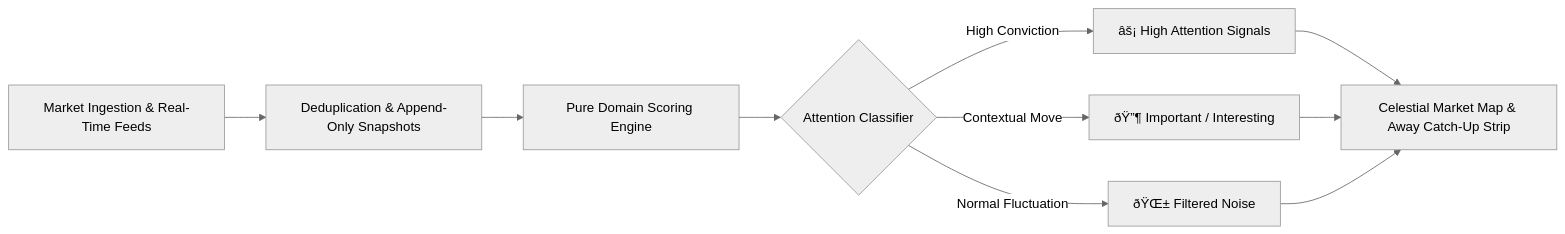
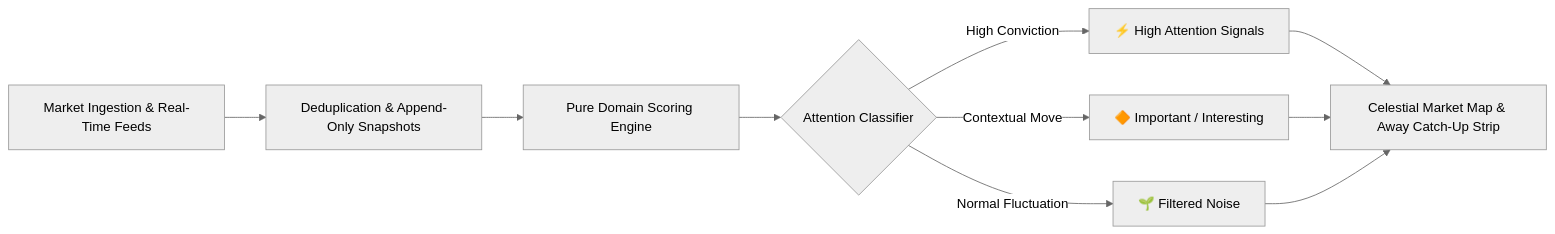
The diagram in README.md (swasray2004/Pulse), drawn with Mermaid (neutral theme) before and after one commit. The commit also changed other lines of this file, not shown here.

````diff
--- a/README.md
+++ b/README.md
@@ -50,10 +50,10 @@
 ```mermaid
 flowchart LR
     A[Market Ingestion & Real-Time Feeds] --> B[Deduplication & Append-Only Snapshots]
     B --> C[Pure Domain Scoring Engine]
     C --> D{Attention Classifier}
-    D -->|High Conviction| E[âš¡ High Attention Signals]
-    D -->|Contextual Move| F[ðŸ”¶ Important / Interesting]
-    D -->|Normal Fluctuation| G[ðŸŒ± Filtered Noise]
+    D -->|High Conviction| E[⚡ High Attention Signals]
+    D -->|Contextual Move| F[🔶 Important / Interesting]
+    D -->|Normal Fluctuation| G[🌱 Filtered Noise]
     E & F & G --> H[Celestial Market Map & Away Catch-Up Strip]
 ```
````
